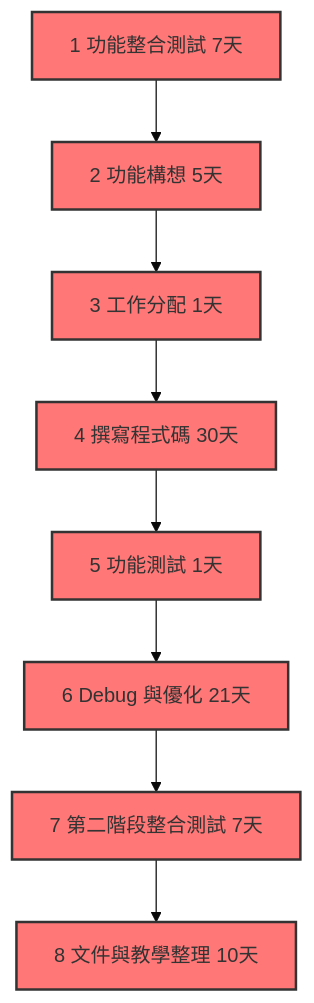
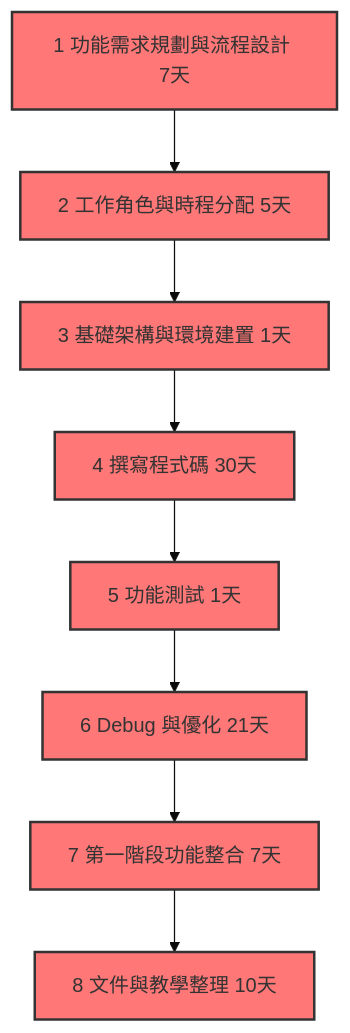
The first of 2 diagrams in 工作分配和進度規劃.md (C112118249/Group-8), drawn with Mermaid (base theme) before and after one commit. The commit also changed other lines of this file, not shown here.

````diff
--- a/工作分配和進度規劃.md
+++ b/工作分配和進度規劃.md
@@ -27,15 +27,15 @@
 ```mermaid
 graph TD
-    A1[1 功能整合測試 7天] --> A2[2 功能構想 5天]
-    A2 --> A3[3 工作分配 1天]
+    A1[1 功能需求規劃與流程設計 7天] --> A2[2 工作角色與時程分配 5天]
+    A2 --> A3[3 基礎架構與環境建置 1天]
     A3 --> A4[4 撰寫程式碼 30天]
     A4 --> A5[5 功能測試 1天]
     A5 --> A6[6 Debug 與優化 21天]
-    A6 --> A7[7 第二階段整合測試 7天]
+    A6 --> A7[7 第一階段功能整合 7天]
     A7 --> A8[8 文件與教學整理 10天]
     classDef critical fill:#f77,stroke:#333,stroke-width:2px;
     class A1,A2,A3,A4,A5,A6,A7,A8 critical;
 
 
 
 ```
````
